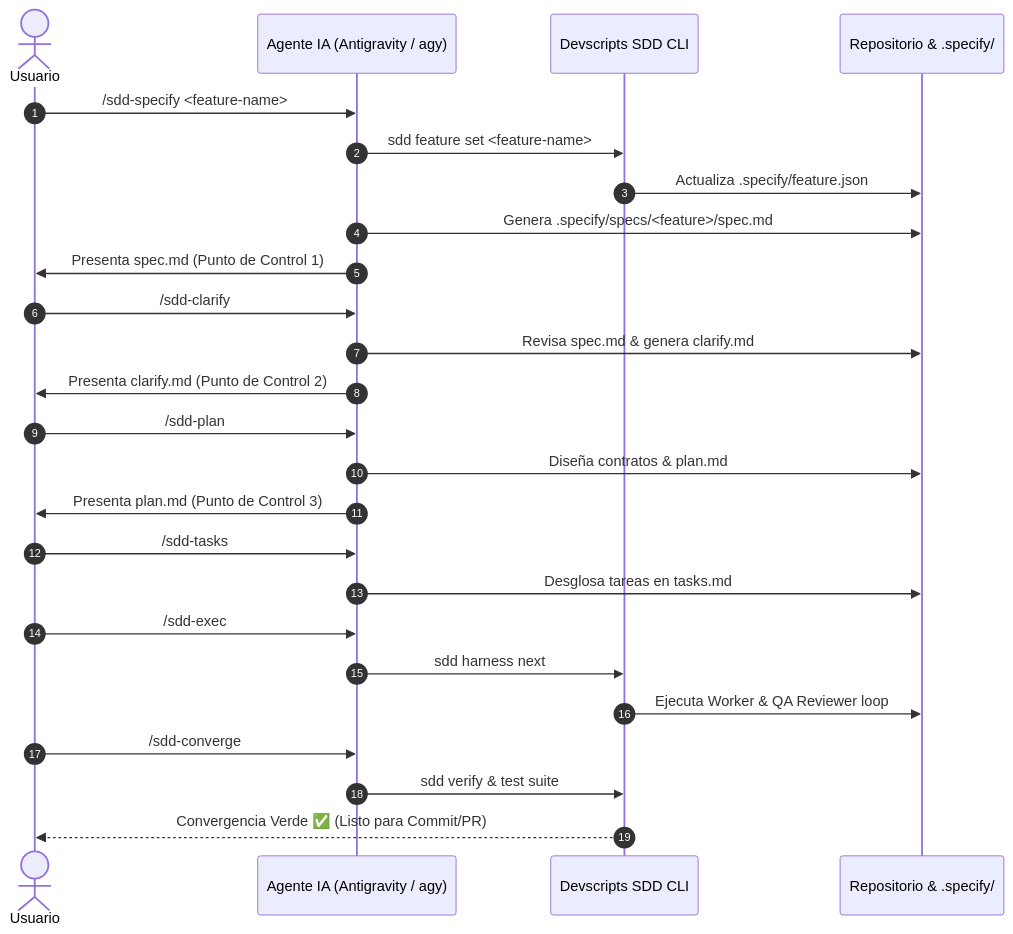
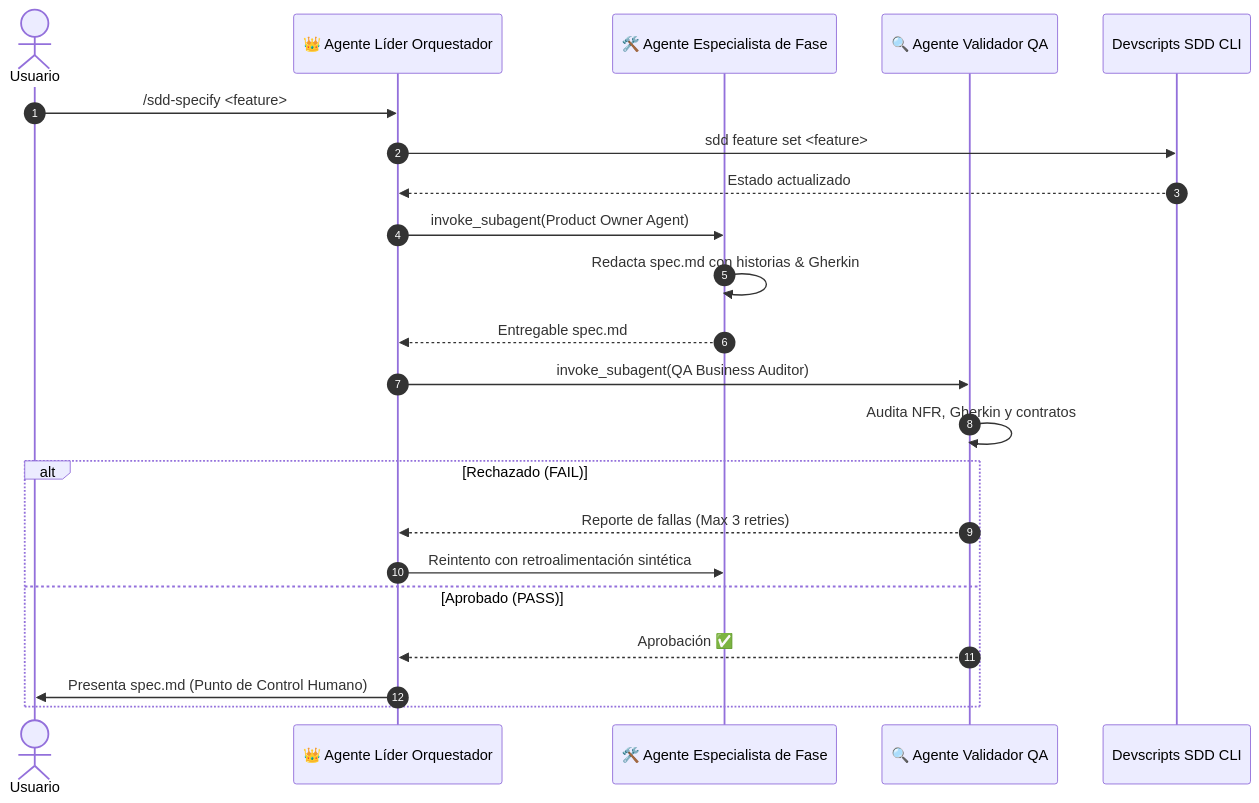
Before and after one commit to EzeCuccorese/ia-spec-ops-engine: the second of 3 diagrams in docs/sdd-architecture.md, drawn with Mermaid. The commit also changed other lines of this file and 2 other files, not shown here.

Commit message:
feat(sdd): add specialized multi-agent roles and audit remediation blocks

````diff
--- a/docs/sdd-architecture.md
+++ b/docs/sdd-architecture.md
@@ -47,33 +51,25 @@
 ```mermaid
 sequenceDiagram
     autonumber
     actor Usuario
-    participant IA as Agente IA (Antigravity / agy)
+    participant Orquestador as 👑 Agente Líder Orquestador
+    participant Especialista as 🛠️ Agente Especialista de Fase
+    participant QA as 🔍 Agente Validador QA
     participant CLI as Devscripts SDD CLI
-    participant FS as Repositorio & .specify/
 
-    Usuario->>IA: /sdd-specify <feature-name>
-    IA->>CLI: sdd feature set <feature-name>
-    CLI->>FS: Actualiza .specify/feature.json
-    IA->>FS: Genera .specify/specs/<feature>/spec.md
-    IA->>Usuario: Presenta spec.md (Punto de Control 1)
-    
-    Usuario->>IA: /sdd-clarify
-    IA->>FS: Revisa spec.md & genera clarify.md
-    IA->>Usuario: Presenta clarify.md (Punto de Control 2)
-    
-    Usuario->>IA: /sdd-plan
-    IA->>FS: Diseña contratos & plan.md
-    IA->>Usuario: Presenta plan.md (Punto de Control 3)
-    
-    Usuario->>IA: /sdd-tasks
-    IA->>FS: Desglosa tareas en tasks.md
-    
-    Usuario->>IA: /sdd-exec
-    IA->>CLI: sdd harness next
-    CLI->>FS: Ejecuta Worker & QA Reviewer loop
-    
-    Usuario->>IA: /sdd-converge
-    IA->>CLI: sdd verify & test suite
-    CLI-->>Usuario: Convergencia Verde ✅ (Listo para Commit/PR)
+    Usuario->>Orquestador: /sdd-specify <feature>
+    Orquestador->>CLI: sdd feature set <feature>
+    CLI-->>Orquestador: Estado actualizado
+    Orquestador->>Especialista: invoke_subagent(Product Owner Agent)
+    Especialista->>Especialista: Redacta spec.md con historias & Gherkin
+    Especialista-->>Orquestador: Entregable spec.md
+    Orquestador->>QA: invoke_subagent(QA Business Auditor)
+    QA->>QA: Audita NFR, Gherkin y contratos
+    alt Rechazado (FAIL)
+        QA-->>Orquestador: Reporte de fallas (Max 3 retries)
+        Orquestador->>Especialista: Reintento con retroalimentación sintética
+    else Aprobado (PASS)
+        QA-->>Orquestador: Aprobación ✅
+        Orquestador->>Usuario: Presenta spec.md (Punto de Control Humano)
+    end
 ```
````
